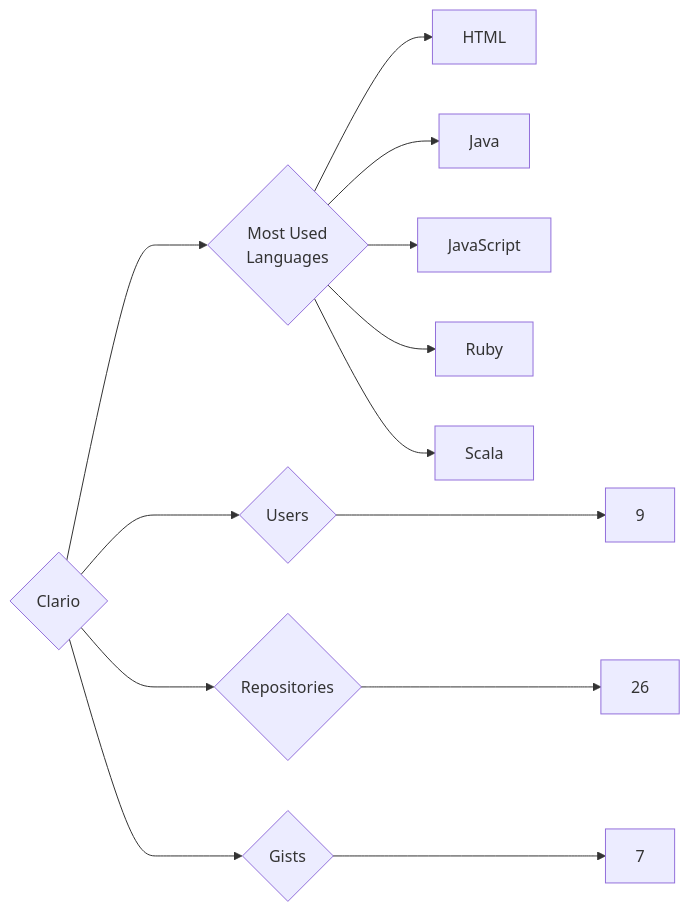
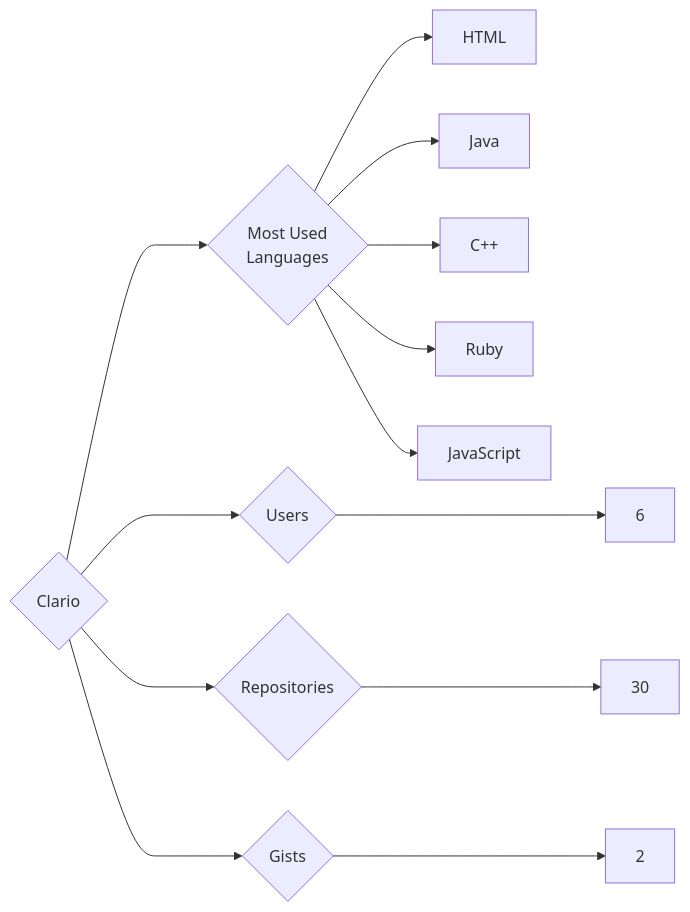
The diagram in targets/Clario/README.md (trickest/insiders), drawn with Mermaid before and after one commit. The commit also changed 640 other files, not shown here.

````diff
--- a/targets/Clario/README.md
+++ b/targets/Clario/README.md
@@ -3,13 +3,13 @@
 ```mermaid
 graph LR
 COMPANY_NAME{Clario}
-COMPANY_NAME ---> U{Users} ---> UN[9]
-COMPANY_NAME ---> R{Repositories} ---> RN[26]
-COMPANY_NAME ---> G{Gists} ---> GN[7]
+COMPANY_NAME ---> U{Users} ---> UN[6]
+COMPANY_NAME ---> R{Repositories} ---> RN[30]
+COMPANY_NAME ---> G{Gists} ---> GN[2]
 COMPANY_NAME ---> ML{Most Used<br>Languages}
 ML --> HTML[HTML]
 ML --> Java[Java]
+ML --> C++[C++]
+ML --> Ruby[Ruby]
 ML --> JavaScript[JavaScript]
-ML --> Ruby[Ruby]
-ML --> Scala[Scala]
 ```
````
